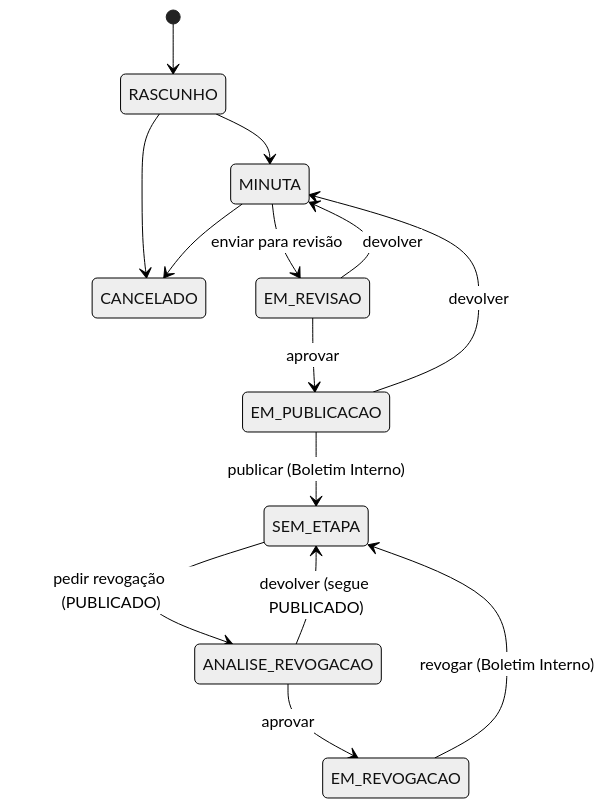
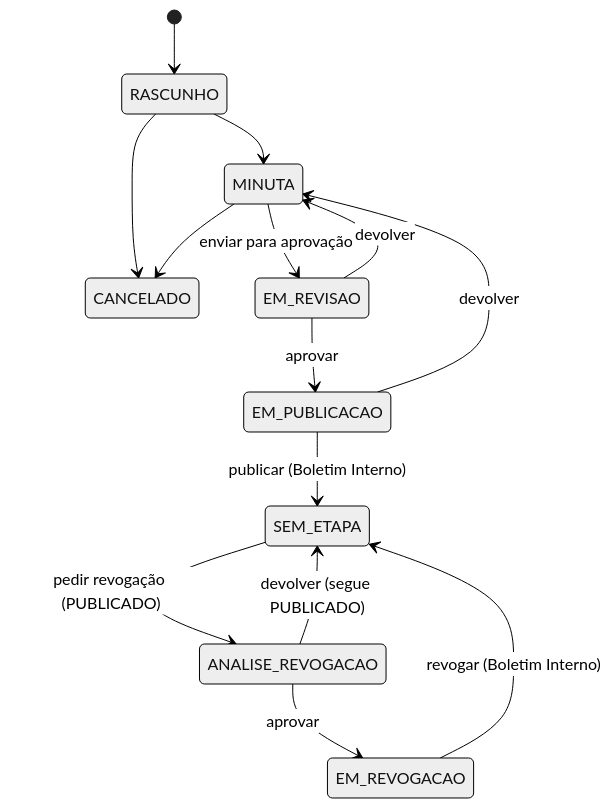
One commit to danielchipolesch/fab-legis changed the second of 2 diagrams in docs/ciclo-de-vida.md. Above: the diagram before and after it, drawn with Mermaid (neutral theme). The commit also changed other lines of this file and 46 other files, not shown here.

First line of the commit message:
feat(fluxo): enviar para aprovação sem escolher pessoa (qualquer aprovador da OM) e publicação por qualquer publicador do CENDOC

````diff
--- a/docs/ciclo-de-vida.md
+++ b/docs/ciclo-de-vida.md
@@ -104,16 +105,16 @@
 ```mermaid
 stateDiagram-v2
     [*] --> RASCUNHO
     RASCUNHO --> MINUTA
     RASCUNHO --> CANCELADO
-    MINUTA --> EM_REVISAO: enviar para revisão
+    MINUTA --> EM_REVISAO: enviar para aprovação
     MINUTA --> CANCELADO
     EM_REVISAO --> EM_PUBLICACAO: aprovar
     EM_REVISAO --> MINUTA: devolver
     EM_PUBLICACAO --> SEM_ETAPA: publicar (Boletim Interno)
     EM_PUBLICACAO --> MINUTA: devolver
     SEM_ETAPA --> ANALISE_REVOGACAO: pedir revogação (PUBLICADO)
     ANALISE_REVOGACAO --> EM_REVOGACAO: aprovar
     ANALISE_REVOGACAO --> SEM_ETAPA: devolver (segue PUBLICADO)
     EM_REVOGACAO --> SEM_ETAPA: revogar (Boletim Interno)
 ```
````
